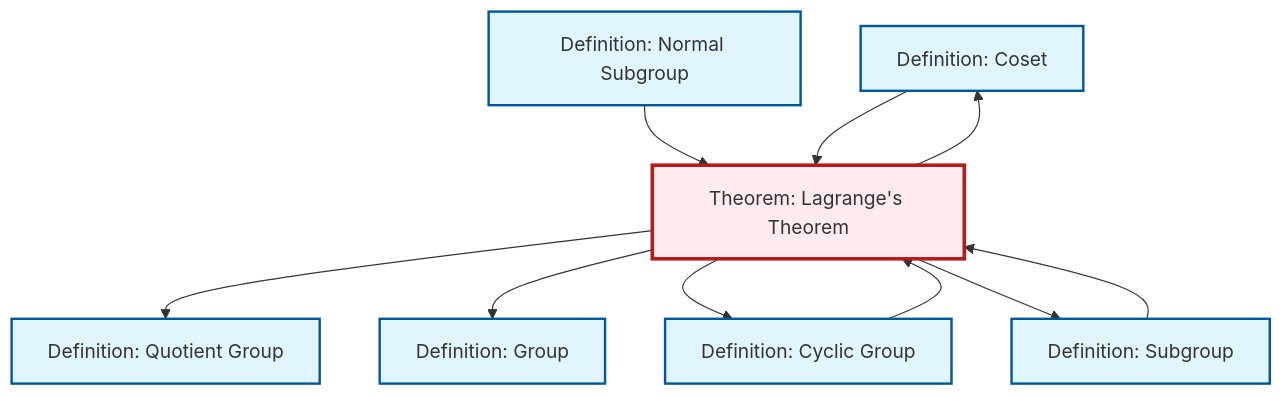
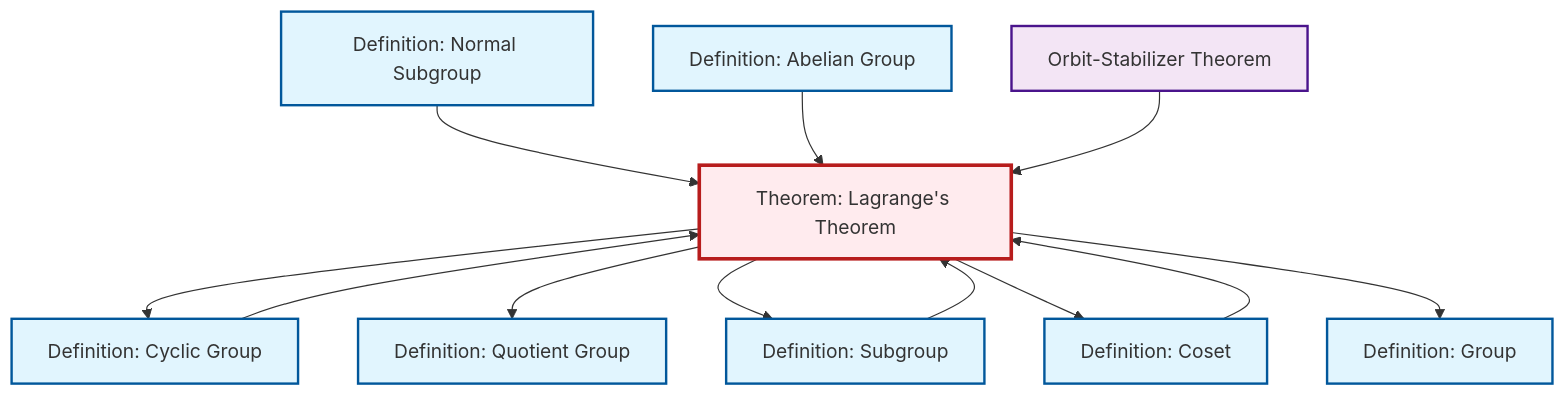
One commit to RK0429/ModernMath changed the diagram in content/en/algebra/thm-lagrange.qmd. Above: the diagram before and after it, drawn with Mermaid. The commit also changed 474 other files, not shown here.

````diff
--- a/content/en/algebra/thm-lagrange.qmd
+++ b/content/en/algebra/thm-lagrange.qmd
@@ -49,32 +49,38 @@
 ```{mermaid}
 %%| fig-cap: "Local dependency graph"
 graph TD
     classDef definition fill:#e1f5fe,stroke:#01579b,stroke-width:2px
     classDef theorem fill:#f3e5f5,stroke:#4a148c,stroke-width:2px
     classDef axiom fill:#fff3e0,stroke:#e65100,stroke-width:2px
     classDef example fill:#e8f5e9,stroke:#1b5e20,stroke-width:2px
     classDef current fill:#ffebee,stroke:#b71c1c,stroke-width:3px
+    def-abelian-group["Definition: Abelian Group"]:::definition
+    def-quotient-group["Definition: Quotient Group"]:::definition
+    def-cyclic-group["Definition: Cyclic Group"]:::definition
+    thm-lagrange["Theorem: Lagrange's Theorem"]:::theorem
     def-coset["Definition: Coset"]:::definition
+    def-normal-subgroup["Definition: Normal Subgroup"]:::definition
     def-group["Definition: Group"]:::definition
-    def-normal-subgroup["Definition: Normal Subgroup"]:::definition
-    def-quotient-group["Definition: Quotient Group"]:::definition
-    thm-lagrange["Theorem: Lagrange's Theorem"]:::theorem
-    def-cyclic-group["Definition: Cyclic Group"]:::definition
+    thm-orbit-stabilizer["Orbit-Stabilizer Theorem"]:::theorem
     def-subgroup["Definition: Subgroup"]:::definition
+    thm-lagrange --> def-cyclic-group
     thm-lagrange --> def-quotient-group
+    thm-lagrange --> def-subgroup
+    def-cyclic-group --> thm-lagrange
     def-normal-subgroup --> thm-lagrange
+    thm-lagrange --> def-coset
+    def-abelian-group --> thm-lagrange
+    thm-orbit-stabilizer --> thm-lagrange
     thm-lagrange --> def-group
-    thm-lagrange --> def-cyclic-group
-    thm-lagrange --> def-coset
+    def-subgroup --> thm-lagrange
     def-coset --> thm-lagrange
-    def-cyclic-group --> thm-lagrange
-    thm-lagrange --> def-subgroup
-    def-subgroup --> thm-lagrange
     class thm-lagrange current
-    click def-coset "def-coset.html" "Go to Coset definition"
-    click def-group "def-group.html" "Go to Group definition"
-    click def-normal-subgroup "def-normal-subgroup.html" "Go to Normal Subgroup definition"
+    click def-abelian-group "def-abelian-group.html" "Go to Abelian Group definition"
     click def-quotient-group "def-quotient-group.html" "Go to Quotient Group definition"
     click def-cyclic-group "def-cyclic-group.html" "Go to Cyclic Group definition"
+    click def-coset "def-coset.html" "Go to Coset definition"
+    click def-normal-subgroup "def-normal-subgroup.html" "Go to Normal Subgroup definition"
+    click def-group "def-group.html" "Go to Group definition"
+    click thm-orbit-stabilizer "thm-orbit-stabilizer.html" "Go to Orbit-Stabilizer Theorem"
     click def-subgroup "def-subgroup.html" "Go to Subgroup definition"
 ```
````
